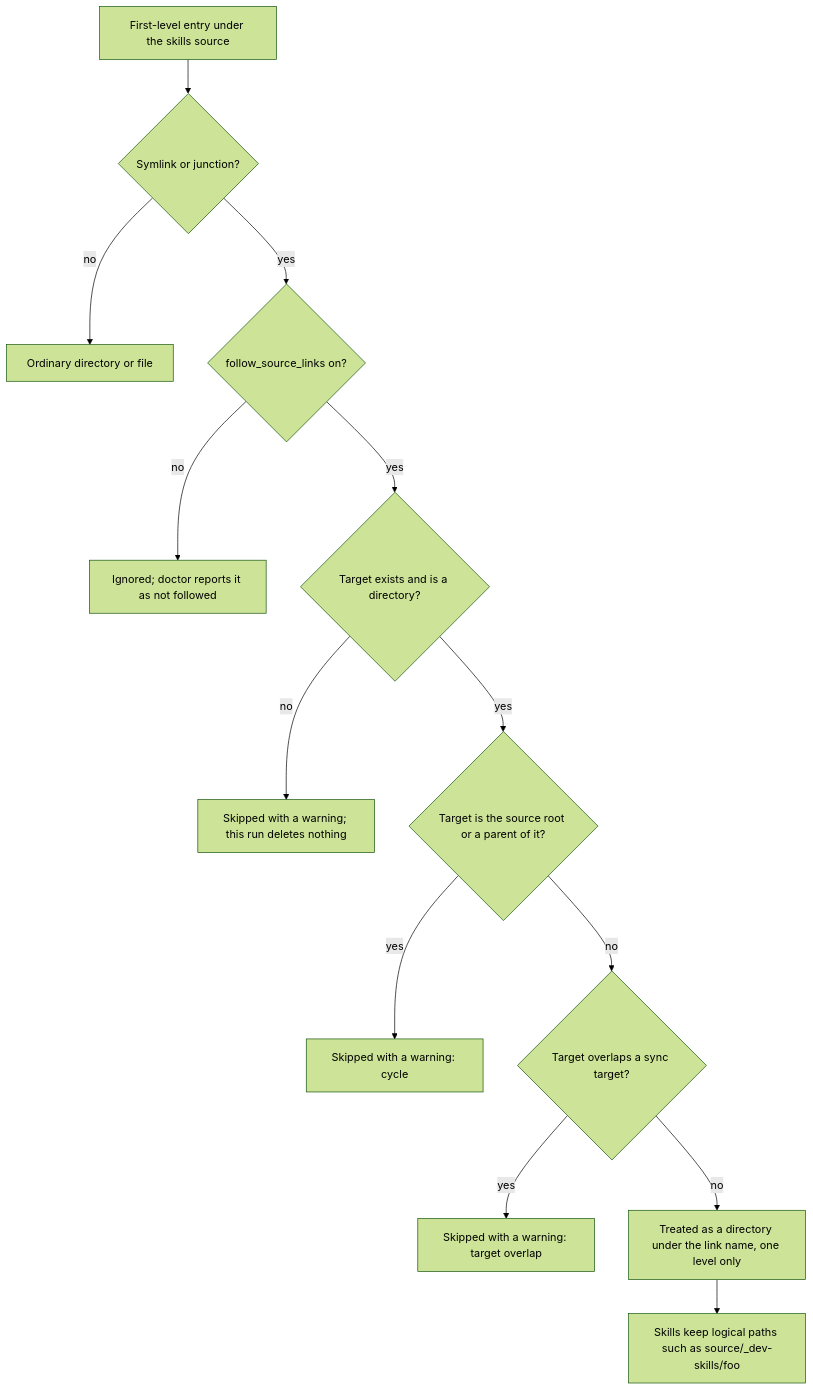
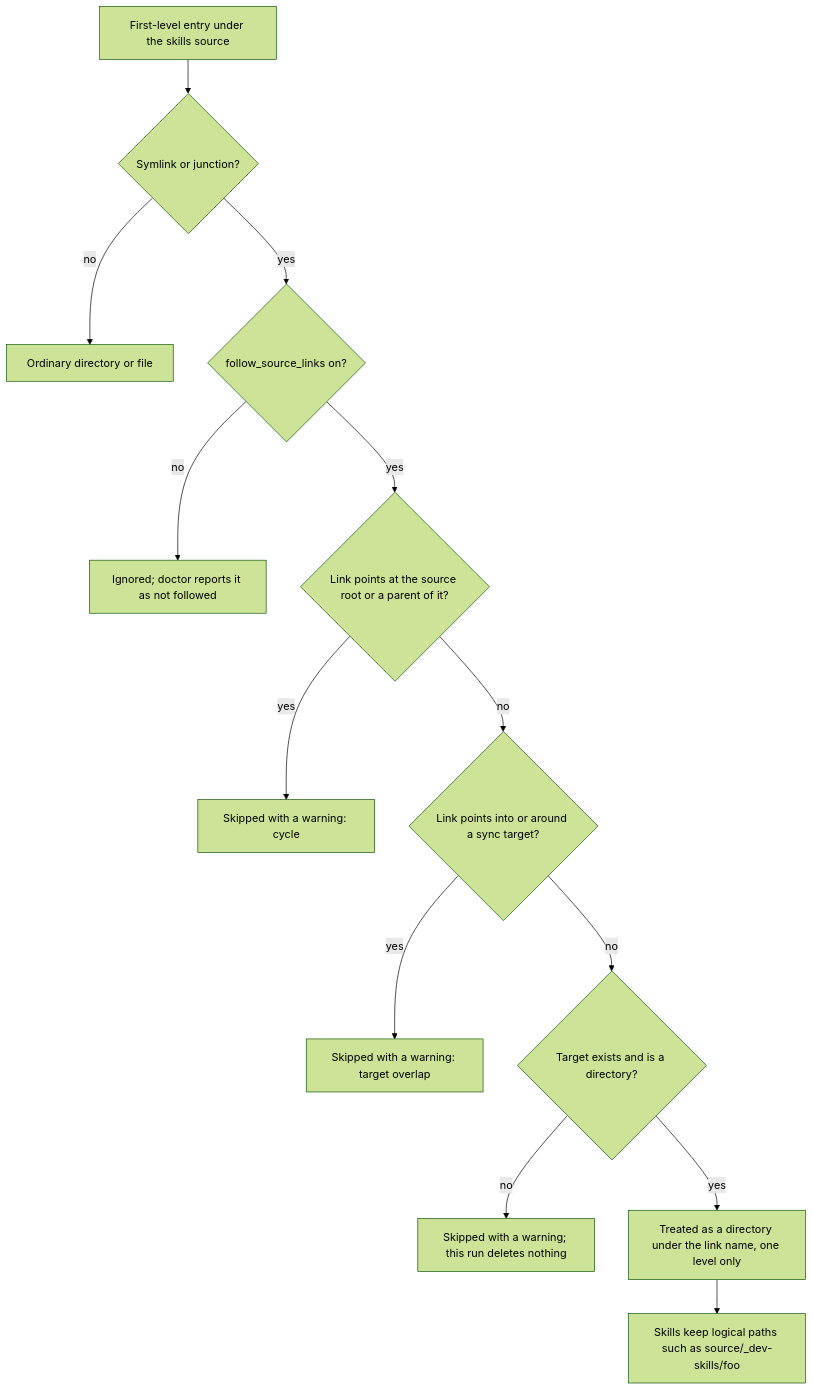
Before and after one commit to c10vis-poem/enforce-skillshare-discipline-: the diagram in website/docs/reference/targets/configuration.md, drawn with Mermaid (forest theme). The commit also changed other lines of this file and 4 other files, not shown here.

First line of the commit message:
fix(source-links): judge overlap before existence and keep doctor from suggesting prune

````diff
--- a/website/docs/reference/targets/configuration.md
+++ b/website/docs/reference/targets/configuration.md
@@ -197,15 +197,15 @@
 ```mermaid
 flowchart TD
     A[First-level entry under the skills source] --> B{Symlink or junction?}
     B -- no --> C[Ordinary directory or file]
     B -- yes --> D{follow_source_links on?}
     D -- no --> E[Ignored; doctor reports it as not followed]
-    D -- yes --> F{Target exists and is a directory?}
+    D -- yes --> H{Link points at the source root or a parent of it?}
+    H -- yes --> I[Skipped with a warning: cycle]
+    H -- no --> J{Link points into or around a sync target?}
+    J -- yes --> K[Skipped with a warning: target overlap]
+    J -- no --> F{Target exists and is a directory?}
     F -- no --> G[Skipped with a warning; this run deletes nothing]
-    F -- yes --> H{Target is the source root or a parent of it?}
-    H -- yes --> I[Skipped with a warning: cycle]
-    H -- no --> J{Target overlaps a sync target?}
-    J -- yes --> K[Skipped with a warning: target overlap]
-    J -- no --> L[Treated as a directory under the link name, one level only]
+    F -- yes --> L[Treated as a directory under the link name, one level only]
     L --> M[Skills keep logical paths such as source/_dev-skills/foo]
 ```
````
